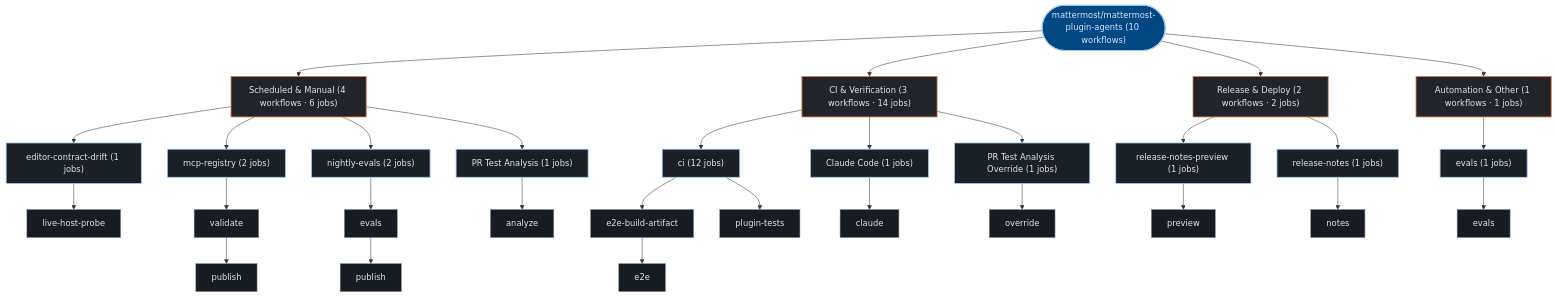
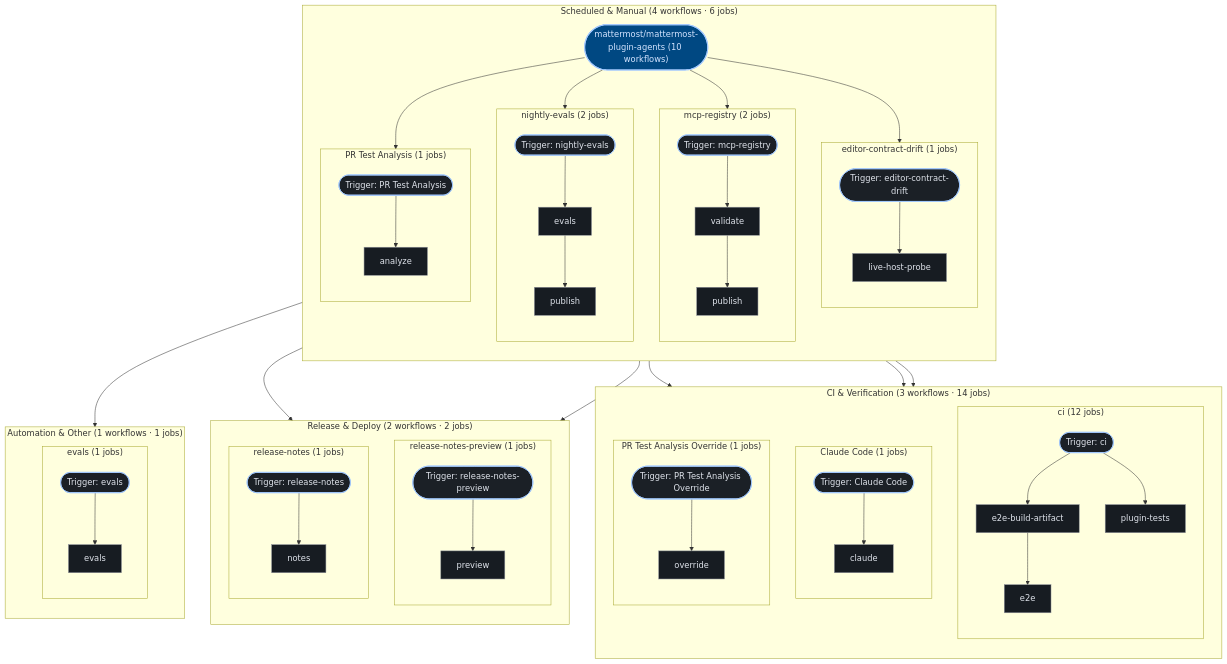
The third of 3 diagrams in exports/latest/reports/mattermost-mattermost-plugin-agents-report.md (kumarshaz/atruss-code-atlas), drawn with Mermaid before and after one commit. The commit also changed 181 other files, not shown here.

````diff
--- a/exports/latest/reports/mattermost-mattermost-plugin-agents-report.md
+++ b/exports/latest/reports/mattermost-mattermost-plugin-agents-report.md
@@ -298,60 +298,94 @@
   classDef atlasAlert fill:#93000a,stroke:#ffb4ab,stroke-width:1.5px,color:#ffdad6
   classDef atlasMore fill:#252a31,stroke:#8d9199,stroke-dasharray:4 4,color:#c3c6cf
   pipeline_root(["mattermost/mattermost-plugin-agents (10 workflows)"]):::atlasRoot
-  grp_0_Scheduled___Manual["Scheduled & Manual (4 workflows · 6 jobs)"]:::atlasCategory
-  pipeline_root --> grp_0_Scheduled___Manual
-  wf_2_editor_contract_drift["editor-contract-drift (1 jobs)"]:::atlasWorkflow
-  grp_0_Scheduled___Manual --> wf_2_editor_contract_drift
-  job_2_live_host_probe["live-host-probe"]:::atlasJob
-  wf_2_editor_contract_drift --> job_2_live_host_probe
-  wf_4_mcp_registry["mcp-registry (2 jobs)"]:::atlasWorkflow
-  grp_0_Scheduled___Manual --> wf_4_mcp_registry
-  job_4_validate["validate"]:::atlasJob
-  job_4_publish["publish"]:::atlasJob
-  wf_4_mcp_registry --> job_4_validate
-  job_4_validate --> job_4_publish
-  wf_5_nightly_evals["nightly-evals (2 jobs)"]:::atlasWorkflow
-  grp_0_Scheduled___Manual --> wf_5_nightly_evals
-  job_5_evals["evals"]:::atlasJob
-  job_5_publish["publish"]:::atlasJob
-  wf_5_nightly_evals --> job_5_evals
-  job_5_evals --> job_5_publish
-  wf_7_PR_Test_Analysis["PR Test Analysis (1 jobs)"]:::atlasWorkflow
-  grp_0_Scheduled___Manual --> wf_7_PR_Test_Analysis
-  job_7_analyze["analyze"]:::atlasJob
-  wf_7_PR_Test_Analysis --> job_7_analyze
-  grp_1_CI___Verification["CI & Verification (3 workflows · 14 jobs)"]:::atlasCategory
-  pipeline_root --> grp_1_CI___Verification
-  wf_0_ci["ci (12 jobs)"]:::atlasWorkflow
-  grp_1_CI___Verification --> wf_0_ci
-  job_0_e2e_build_artifact["e2e-build-artifact"]:::atlasJob
-  job_0_e2e["e2e"]:::atlasJob
-  job_0_plugin_tests["plugin-tests"]:::atlasJob
-  wf_0_ci --> job_0_e2e_build_artifact
-  job_0_e2e_build_artifact --> job_0_e2e
-  wf_0_ci --> job_0_plugin_tests
-  wf_1_Claude_Code["Claude Code (1 jobs)"]:::atlasWorkflow
-  grp_1_CI___Verification --> wf_1_Claude_Code
-  job_1_claude["claude"]:::atlasJob
-  wf_1_Claude_Code --> job_1_claude
-  wf_6_PR_Test_Analysis_Override["PR Test Analysis Override (1 jobs)"]:::atlasWorkflow
-  grp_1_CI___Verification --> wf_6_PR_Test_Analysis_Override
-  job_6_override["override"]:::atlasJob
-  wf_6_PR_Test_Analysis_Override --> job_6_override
-  grp_2_Release___Deploy["Release & Deploy (2 workflows · 2 jobs)"]:::atlasCategory
-  pipeline_root --> grp_2_Release___Deploy
-  wf_8_release_notes_preview["release-notes-preview (1 jobs)"]:::atlasWorkflow
-  grp_2_Release___Deploy --> wf_8_release_notes_preview
-  job_8_preview["preview"]:::atlasJob
-  wf_8_release_notes_preview --> job_8_preview
-  wf_9_release_notes["release-notes (1 jobs)"]:::atlasWorkflow
-  grp_2_Release___Deploy --> wf_9_release_notes
-  job_9_notes["notes"]:::atlasJob
-  wf_9_release_notes --> job_9_notes
-  grp_3_Automation___Other["Automation & Other (1 workflows · 1 jobs)"]:::atlasCategory
-  pipeline_root --> grp_3_Automation___Other
-  wf_3_evals["evals (1 jobs)"]:::atlasWorkflow
-  grp_3_Automation___Other --> wf_3_evals
-  job_3_evals["evals"]:::atlasJob
-  wf_3_evals --> job_3_evals
+  subgraph sg_grp_0_Scheduled___Manual["Scheduled & Manual (4 workflows · 6 jobs)"]
+    direction TB
+    subgraph sg_wf_2_editor_contract_drift["editor-contract-drift (1 jobs)"]
+      direction TB
+      wf_2_editor_contract_drift(["Trigger: editor-contract-drift"]):::atlasWorkflow
+      job_2_live_host_probe["live-host-probe"]:::atlasJob
+      wf_2_editor_contract_drift --> job_2_live_host_probe
+    end
+    pipeline_root --> wf_2_editor_contract_drift
+    subgraph sg_wf_4_mcp_registry["mcp-registry (2 jobs)"]
+      direction TB
+      wf_4_mcp_registry(["Trigger: mcp-registry"]):::atlasWorkflow
+      job_4_validate["validate"]:::atlasJob
+      job_4_publish["publish"]:::atlasJob
+      wf_4_mcp_registry --> job_4_validate
+      job_4_validate --> job_4_publish
+    end
+    pipeline_root --> wf_4_mcp_registry
+    subgraph sg_wf_5_nightly_evals["nightly-evals (2 jobs)"]
+      direction TB
+      wf_5_nightly_evals(["Trigger: nightly-evals"]):::atlasWorkflow
+      job_5_evals["evals"]:::atlasJob
+      job_5_publish["publish"]:::atlasJob
+      wf_5_nightly_evals --> job_5_evals
+      job_5_evals --> job_5_publish
+    end
+    pipeline_root --> wf_5_nightly_evals
+    subgraph sg_wf_7_PR_Test_Analysis["PR Test Analysis (1 jobs)"]
+      direction TB
+      wf_7_PR_Test_Analysis(["Trigger: PR Test Analysis"]):::atlasWorkflow
+      job_7_analyze["analyze"]:::atlasJob
+      wf_7_PR_Test_Analysis --> job_7_analyze
+    end
+    pipeline_root --> wf_7_PR_Test_Analysis
+  end
+  subgraph sg_grp_1_CI___Verification["CI & Verification (3 workflows · 14 jobs)"]
+    direction TB
+    subgraph sg_wf_0_ci["ci (12 jobs)"]
+      direction TB
+      wf_0_ci(["Trigger: ci"]):::atlasWorkflow
+      job_0_e2e_build_artifact["e2e-build-artifact"]:::atlasJob
+      job_0_e2e["e2e"]:::atlasJob
+      job_0_plugin_tests["plugin-tests"]:::atlasJob
+      wf_0_ci --> job_0_e2e_build_artifact
+      job_0_e2e_build_artifact --> job_0_e2e
+      wf_0_ci --> job_0_plugin_tests
+    end
+    pipeline_root --> wf_0_ci
+    subgraph sg_wf_1_Claude_Code["Claude Code (1 jobs)"]
+      direction TB
+      wf_1_Claude_Code(["Trigger: Claude Code"]):::atlasWorkflow
+      job_1_claude["claude"]:::atlasJob
+      wf_1_Claude_Code --> job_1_claude
+    end
+    pipeline_root --> wf_1_Claude_Code
+    subgraph sg_wf_6_PR_Test_Analysis_Override["PR Test Analysis Override (1 jobs)"]
+      direction TB
+      wf_6_PR_Test_Analysis_Override(["Trigger: PR Test Analysis Override"]):::atlasWorkflow
+      job_6_override["override"]:::atlasJob
+      wf_6_PR_Test_Analysis_Override --> job_6_override
+    end
+    pipeline_root --> wf_6_PR_Test_Analysis_Override
+  end
+  subgraph sg_grp_2_Release___Deploy["Release & Deploy (2 workflows · 2 jobs)"]
+    direction TB
+    subgraph sg_wf_8_release_notes_preview["release-notes-preview (1 jobs)"]
+      direction TB
+      wf_8_release_notes_preview(["Trigger: release-notes-preview"]):::atlasWorkflow
+      job_8_preview["preview"]:::atlasJob
+      wf_8_release_notes_preview --> job_8_preview
+    end
+    pipeline_root --> wf_8_release_notes_preview
+    subgraph sg_wf_9_release_notes["release-notes (1 jobs)"]
+      direction TB
+      wf_9_release_notes(["Trigger: release-notes"]):::atlasWorkflow
+      job_9_notes["notes"]:::atlasJob
+      wf_9_release_notes --> job_9_notes
+    end
+    pipeline_root --> wf_9_release_notes
+  end
+  subgraph sg_grp_3_Automation___Other["Automation & Other (1 workflows · 1 jobs)"]
+    direction TB
+    subgraph sg_wf_3_evals["evals (1 jobs)"]
+      direction TB
+      wf_3_evals(["Trigger: evals"]):::atlasWorkflow
+      job_3_evals["evals"]:::atlasJob
+      wf_3_evals --> job_3_evals
+    end
+    pipeline_root --> wf_3_evals
+  end
 ```
````
